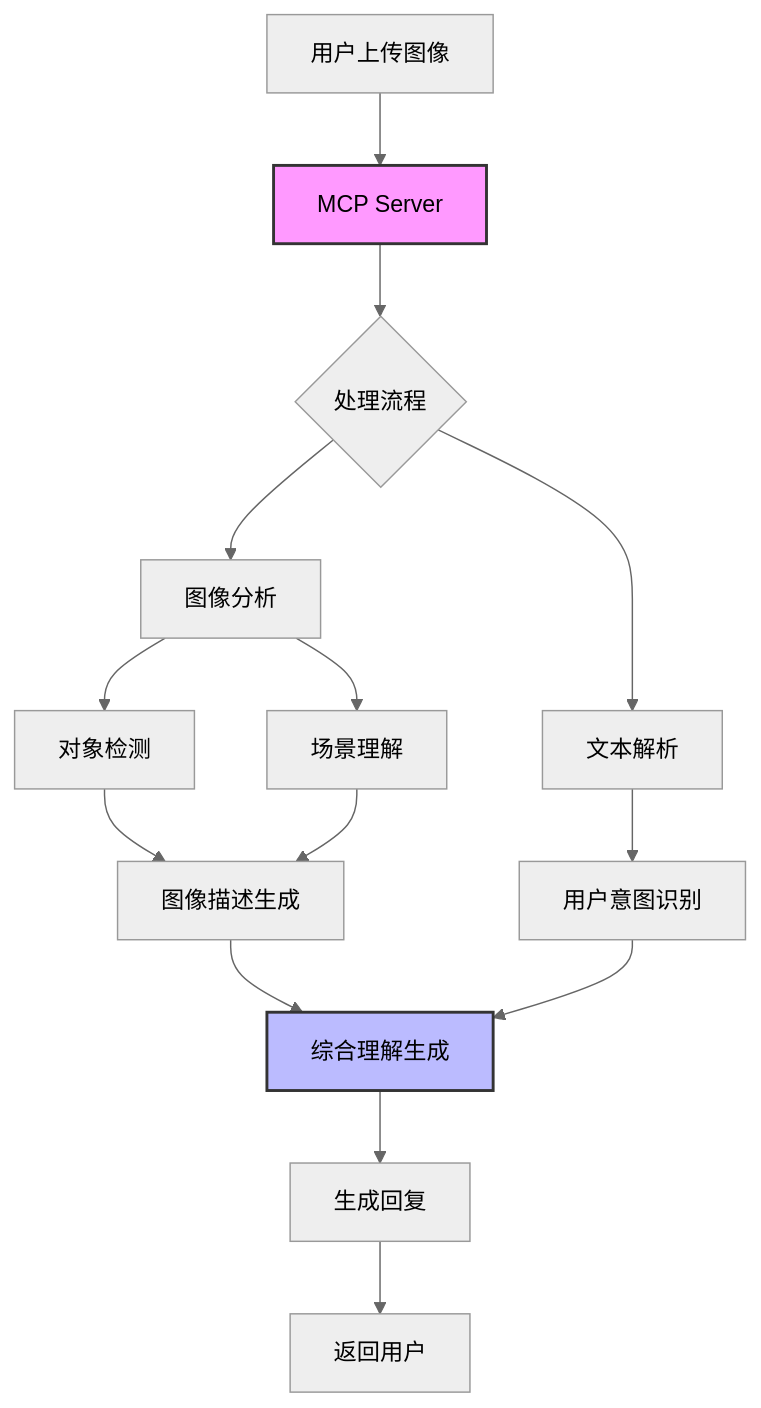
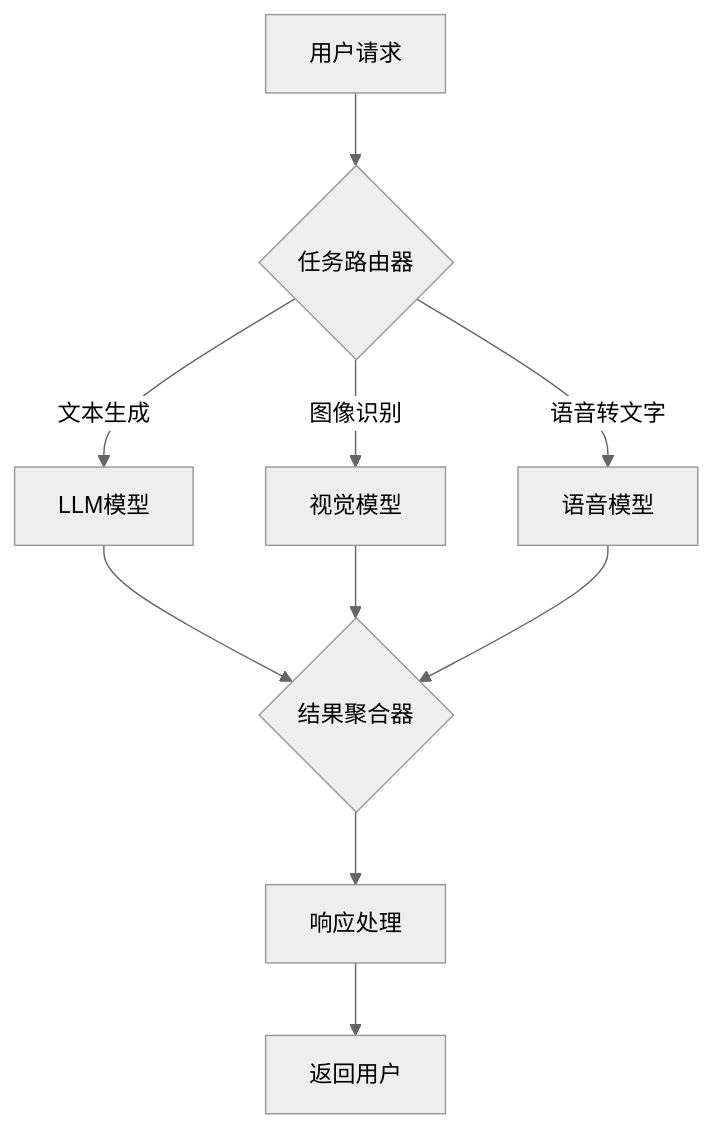
Before and after one commit to ktyhub/thinking-in-code: the fifth of 5 diagrams in docs/zh/chapter_spring_ai/7-mcp.md, drawn with Mermaid (neutral theme). The commit also changed other lines of this file and 6018 other files, not shown here.

````diff
--- a/docs/zh/chapter_spring_ai/7-mcp.md
+++ b/docs/zh/chapter_spring_ai/7-mcp.md
@@ -743,17 +369,12 @@
 ```mermaid
 graph TD
-    A[用户上传图像] --> B[MCP Server]
-    B --> C{处理流程}
-    C --> D[图像分析]
-    C --> E[文本解析]
-    D --> F[对象检测]
-    D --> G[场景理解]
-    F & G --> H[图像描述生成]
-    E --> I[用户意图识别]
-    H & I --> J[综合理解生成]
-    J --> K[生成回复]
-    K --> L[返回用户]
-    
-    style B fill:#f9f,stroke:#333,stroke-width:2px
-    style J fill:#bbf,stroke:#333,stroke-width:2px
+    A[用户请求] --> B{任务路由器}
+    B -->|文本生成| C[LLM模型]
+    B -->|图像识别| D[视觉模型]
+    B -->|语音转文字| E[语音模型]
+    C --> F{结果聚合器}
+    D --> F
+    E --> F
+    F --> G[响应处理]
+    G --> H[返回用户]
 ```
````
